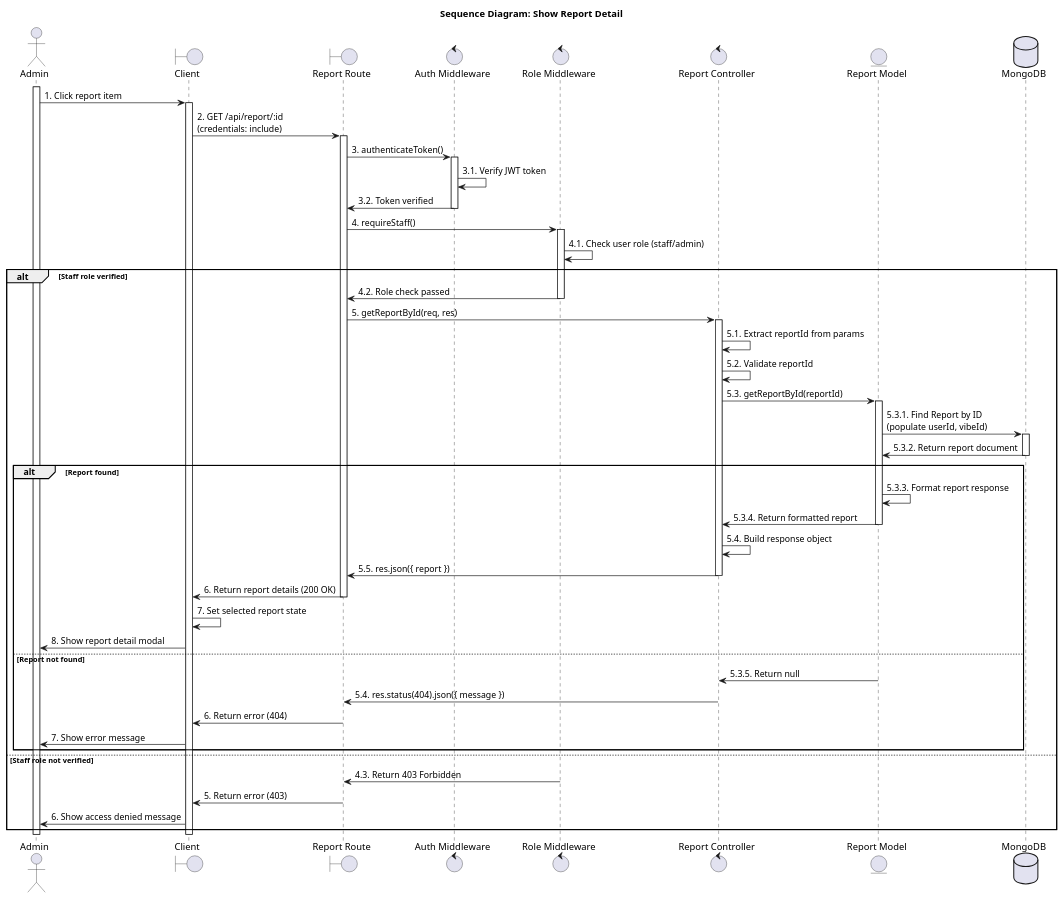
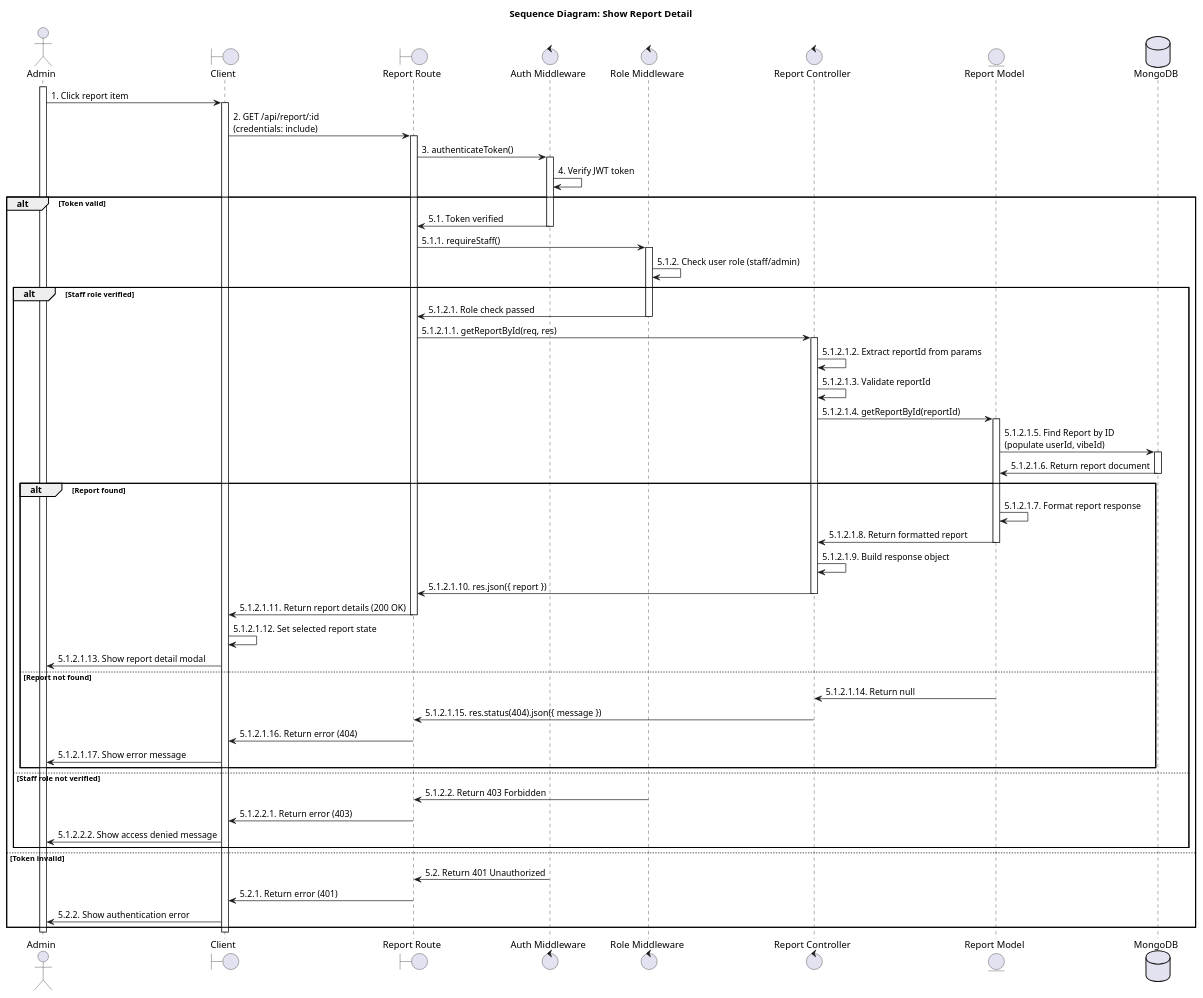
The fourth of 10 diagrams in SEQUENCE_DIAGRAMS_UC.md (SvnFrs/re-oldvibes), drawn with PlantUML before and after one commit. The commit also changed other lines of this file, not shown here.

Commit message:
chore: doc for report 2

````diff
--- a/SEQUENCE_DIAGRAMS_UC.md
+++ b/SEQUENCE_DIAGRAMS_UC.md
@@ -218,70 +234,78 @@
 ```plantuml
 @startuml Show Report Detail
 title Sequence Diagram: Show Report Detail
 
 actor Admin
 boundary "Client" as Client
 boundary "Report Route" as Route
 control "Auth Middleware" as AuthMiddleware
 control "Role Middleware" as RoleMiddleware
 control "Report Controller" as Controller
 entity "Report Model" as Model
 database "MongoDB" as Database
 
 activate Admin
 Admin -> Client : 1. Click report item
 activate Client
 Client -> Route : 2. GET /api/report/:id\n(credentials: include)
 activate Route
 Route -> AuthMiddleware : 3. authenticateToken()
 activate AuthMiddleware
-AuthMiddleware -> AuthMiddleware : 3.1. Verify JWT token
-AuthMiddleware -> Route : 3.2. Token verified
-deactivate AuthMiddleware
-Route -> RoleMiddleware : 4. requireStaff()
-activate RoleMiddleware
-RoleMiddleware -> RoleMiddleware : 4.1. Check user role (staff/admin)
-alt Staff role verified
-    RoleMiddleware -> Route : 4.2. Role check passed
-    deactivate RoleMiddleware
-    Route -> Controller : 5. getReportById(req, res)
-    activate Controller
-    Controller -> Controller : 5.1. Extract reportId from params
-    Controller -> Controller : 5.2. Validate reportId
-    Controller -> Model : 5.3. getReportById(reportId)
-    activate Model
-    Model -> Database : 5.3.1. Find Report by ID\n(populate userId, vibeId)
-    activate Database
-    Database -> Model : 5.3.2. Return report document
-    deactivate Database
-    alt Report found
-        Model -> Model : 5.3.3. Format report response
-        Model -> Controller : 5.3.4. Return formatted report
-        deactivate Model
-        Controller -> Controller : 5.4. Build response object
-        Controller -> Route : 5.5. res.json({ report })
-        deactivate Controller
-        Route -> Client : 6. Return report details (200 OK)
+AuthMiddleware -> AuthMiddleware : 4. Verify JWT token
+alt Token valid
+    AuthMiddleware -> Route : 5.1. Token verified
+    deactivate AuthMiddleware
+    Route -> RoleMiddleware : 5.1.1. requireStaff()
+    activate RoleMiddleware
+    RoleMiddleware -> RoleMiddleware : 5.1.2. Check user role (staff/admin)
+    alt Staff role verified
+        RoleMiddleware -> Route : 5.1.2.1. Role check passed
+        deactivate RoleMiddleware
+        Route -> Controller : 5.1.2.1.1. getReportById(req, res)
+        activate Controller
+        Controller -> Controller : 5.1.2.1.2. Extract reportId from params
+        Controller -> Controller : 5.1.2.1.3. Validate reportId
+        Controller -> Model : 5.1.2.1.4. getReportById(reportId)
+        activate Model
+        Model -> Database : 5.1.2.1.5. Find Report by ID\n(populate userId, vibeId)
+        activate Database
+        Database -> Model : 5.1.2.1.6. Return report document
+        deactivate Database
+        alt Report found
+            Model -> Model : 5.1.2.1.7. Format report response
+            Model -> Controller : 5.1.2.1.8. Return formatted report
+            deactivate Model
+            Controller -> Controller : 5.1.2.1.9. Build response object
+            Controller -> Route : 5.1.2.1.10. res.json({ report })
+            deactivate Controller
+            Route -> Client : 5.1.2.1.11. Return report details (200 OK)
+            deactivate Route
+            Client -> Client : 5.1.2.1.12. Set selected report state
+            Client -> Admin : 5.1.2.1.13. Show report detail modal
+        else Report not found
+            Model -> Controller : 5.1.2.1.14. Return null
+            deactivate Model
+            Controller -> Route : 5.1.2.1.15. res.status(404).json({ message })
+            deactivate Controller
+            Route -> Client : 5.1.2.1.16. Return error (404)
+            deactivate Route
+            Client -> Admin : 5.1.2.1.17. Show error message
+        end
+    else Staff role not verified
+        RoleMiddleware -> Route : 5.1.2.2. Return 403 Forbidden
+        deactivate RoleMiddleware
+        Route -> Client : 5.1.2.2.1. Return error (403)
         deactivate Route
-        Client -> Client : 7. Set selected report state
-        Client -> Admin : 8. Show report detail modal
-    else Report not found
-        Model -> Controller : 5.3.5. Return null
-        deactivate Model
-        Controller -> Route : 5.4. res.status(404).json({ message })
-        deactivate Controller
-        Route -> Client : 6. Return error (404)
-        deactivate Route
-        Client -> Admin : 7. Show error message
+        Client -> Admin : 5.1.2.2.2. Show access denied message
     end
-else Staff role not verified
-    RoleMiddleware -> Route : 4.3. Return 403 Forbidden
-    deactivate RoleMiddleware
-    Route -> Client : 5. Return error (403)
+else Token invalid
+    AuthMiddleware -> Route : 5.2. Return 401 Unauthorized
+    deactivate AuthMiddleware
+    Route -> Client : 5.2.1. Return error (401)
     deactivate Route
-    Client -> Admin : 6. Show access denied message
+    Client -> Admin : 5.2.2. Show authentication error
 end
 deactivate Client
 deactivate Admin
 @enduml
 ```
````
